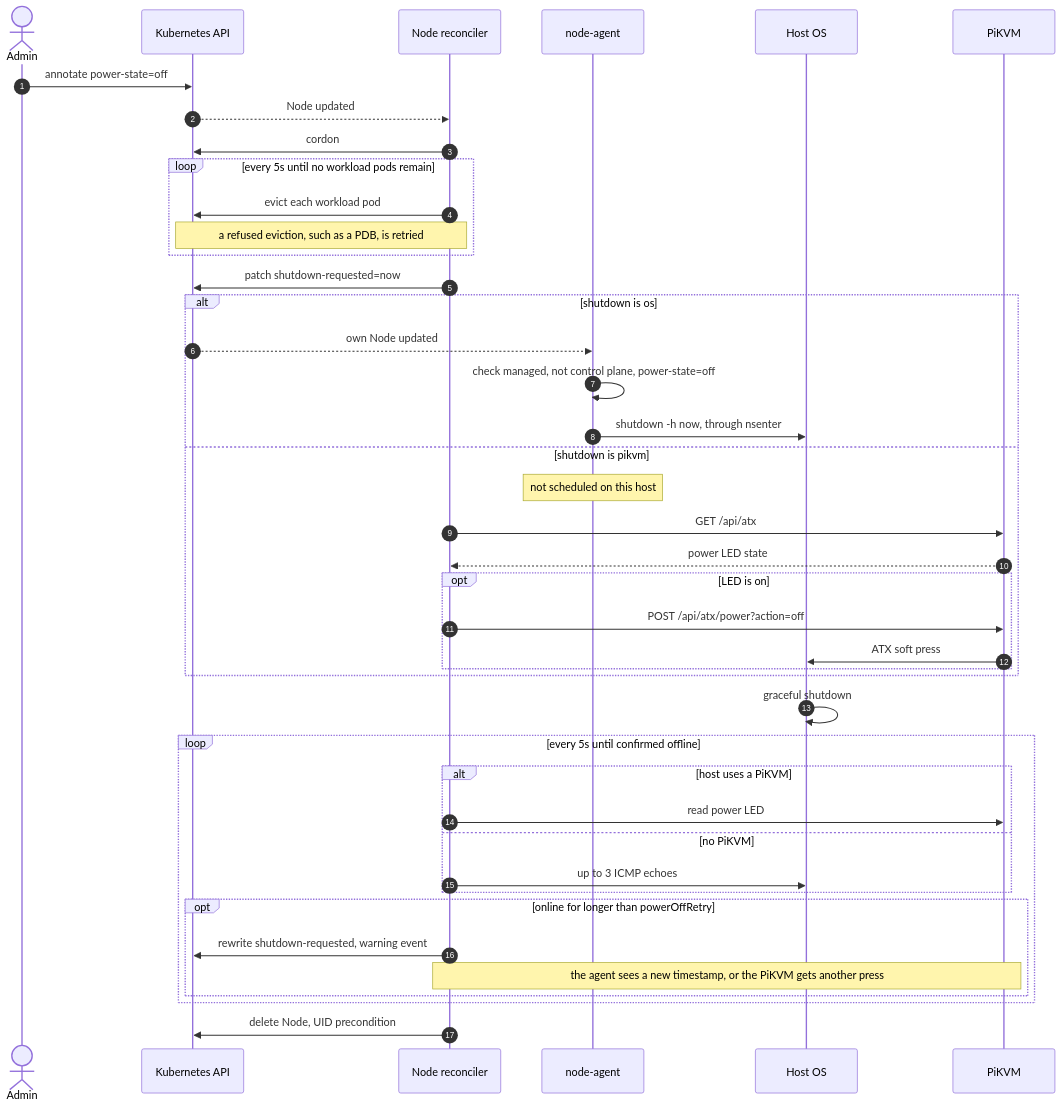
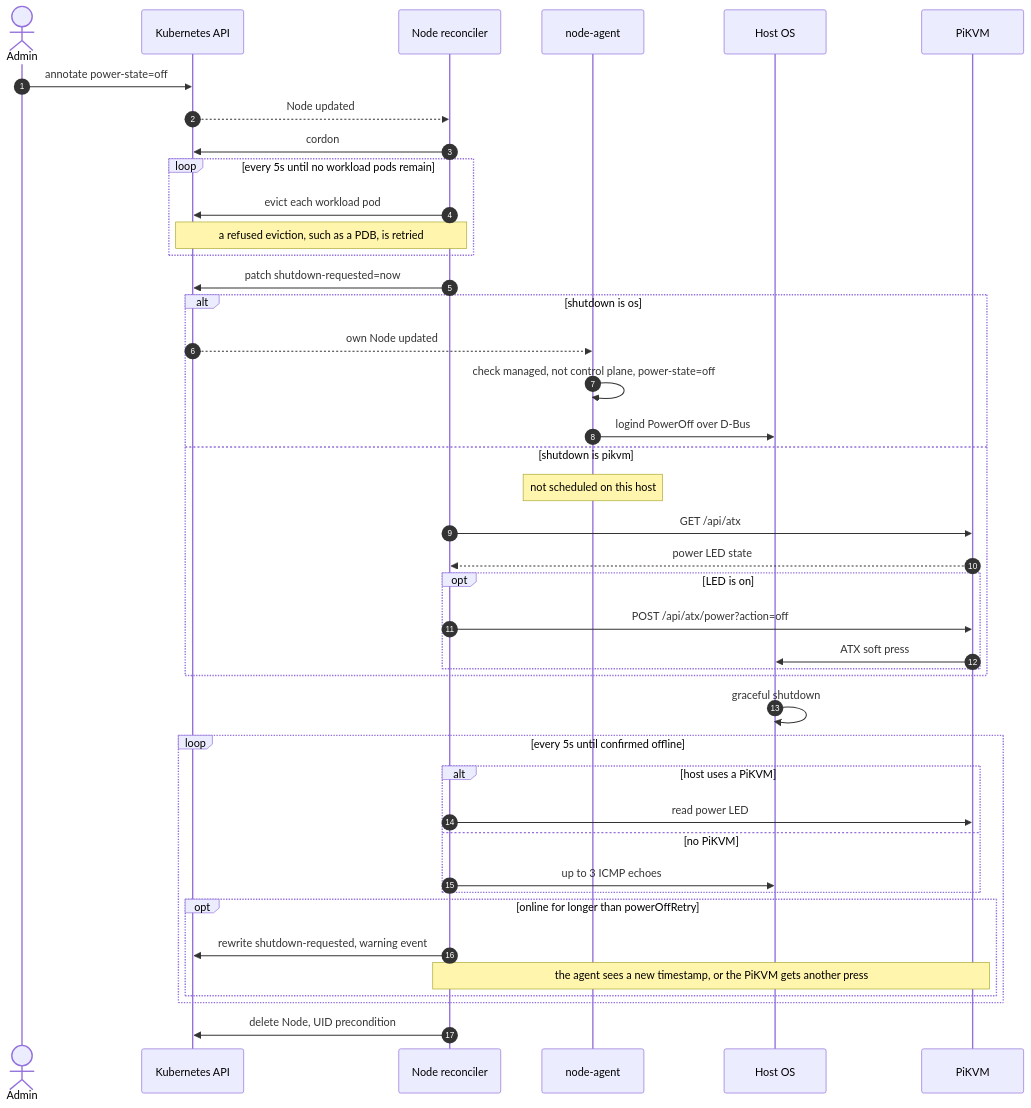
One commit to kiemlicz/nekromancer changed the fourth of 6 diagrams in docs/how-it-works.md. Above: the diagram before and after it, drawn with Mermaid. The commit also changed other lines of this file and 13 other files, not shown here.

First line of the commit message:
Shut down os hosts through logind again

````diff
--- a/docs/how-it-works.md
+++ b/docs/how-it-works.md
@@ -100,50 +100,50 @@
 ```mermaid
 sequenceDiagram
     autonumber
     actor Admin
     participant API as Kubernetes API
     participant NR as Node reconciler
     participant AG as node-agent
     participant Host as Host OS
     participant PK as PiKVM
 
     Admin->>API: annotate power-state=off
     API-->>NR: Node updated
     NR->>API: cordon
 
     loop every 5s until no workload pods remain
         NR->>API: evict each workload pod
         Note over NR,API: a refused eviction, such as a PDB, is retried
     end
 
     NR->>API: patch shutdown-requested=now
 
     alt shutdown is os
         API-->>AG: own Node updated
         AG->>AG: check managed, not control plane, power-state=off
-        AG->>Host: shutdown -h now, through nsenter
+        AG->>Host: logind PowerOff over D-Bus
     else shutdown is pikvm
         Note over AG: not scheduled on this host
         NR->>PK: GET /api/atx
         PK-->>NR: power LED state
         opt LED is on
             NR->>PK: POST /api/atx/power?action=off
             PK->>Host: ATX soft press
         end
     end
     Host->>Host: graceful shutdown
 
     loop every 5s until confirmed offline
         alt host uses a PiKVM
             NR->>PK: read power LED
         else no PiKVM
             NR->>Host: up to 3 ICMP echoes
         end
         opt online for longer than powerOffRetry
             NR->>API: rewrite shutdown-requested, warning event
             Note over NR,PK: the agent sees a new timestamp, or the PiKVM gets another press
         end
     end
 
     NR->>API: delete Node, UID precondition
 ```
````
